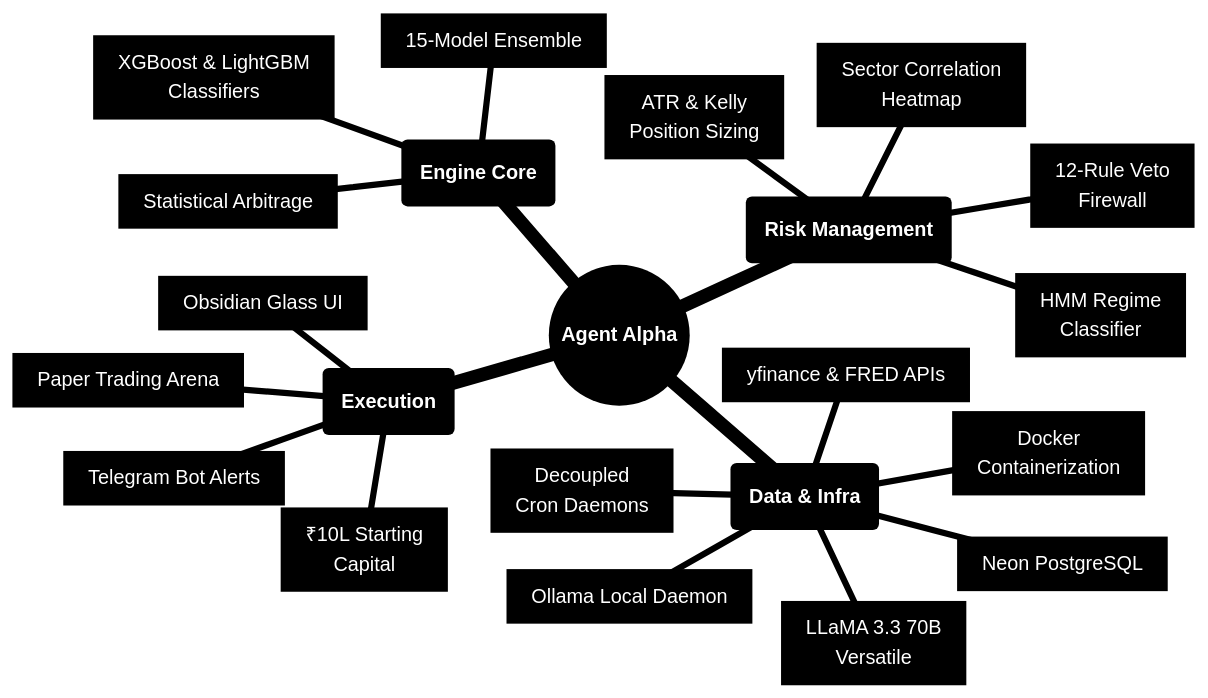
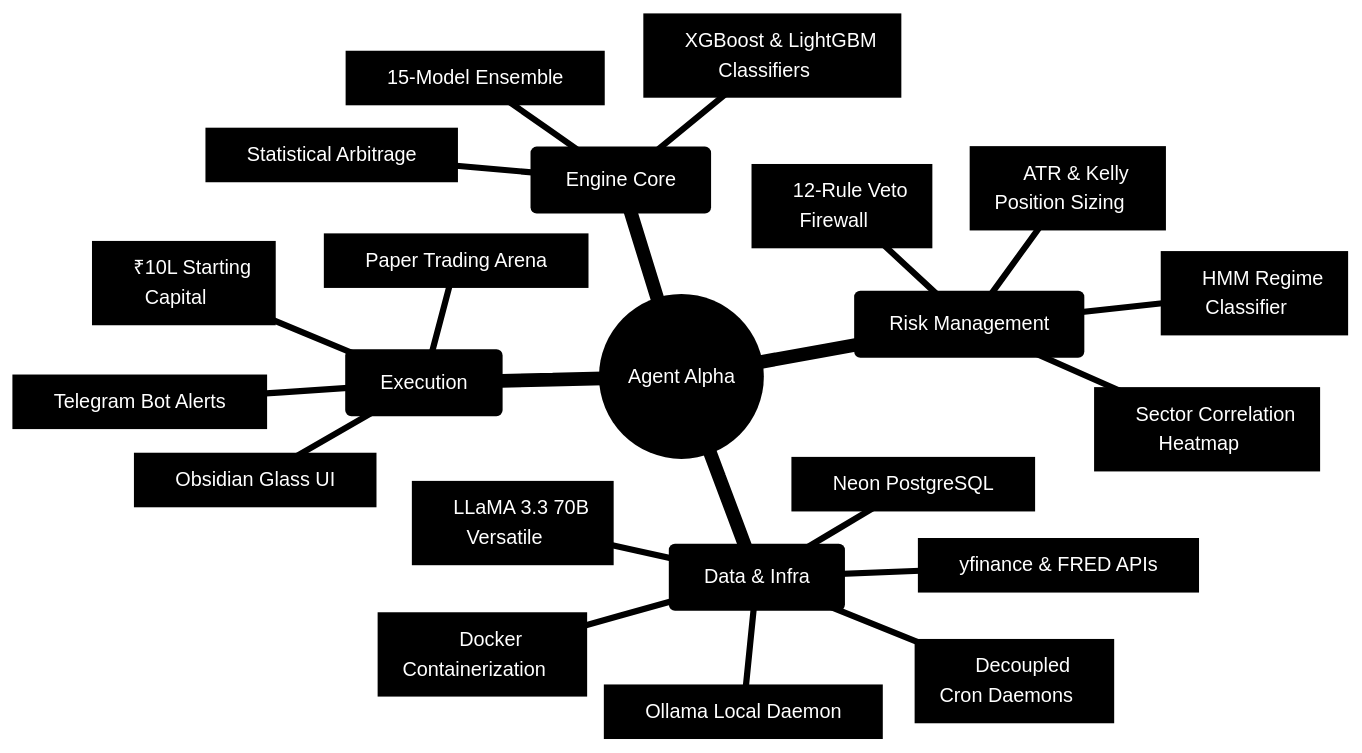
One commit to SaiSiddharthBS/MarketAnalyser changed the first of 5 diagrams in README.md. Above: the diagram before and after it, drawn with Mermaid. The commit also changed other lines of this file, not shown here.

Commit message:
docs: Fix mermaid clipping by stripping markdown strings and injecting structural HTML non-breaking spaces for bounding box pad

````diff
--- a/README.md
+++ b/README.md
@@ -98,26 +98,26 @@
 ```mermaid
 %%{init: {'theme': 'base', 'themeVariables': { 'primaryColor': '#0b101e', 'primaryTextColor': '#ffffff', 'primaryBorderColor': '#00ff88', 'lineColor': '#00e5ff', 'secondaryColor': '#111827', 'tertiaryColor': '#111827'}}}%%
 mindmap
-  root(("`**Agent Alpha**`"))
-    ("`**Engine Core**`")
-      ["`15-Model Ensemble`"]
-      ["`XGBoost & LightGBM<br/>Classifiers`"]
-      ["`Statistical Arbitrage`"]
-    ("`**Risk Management**`")
-      ["`HMM Regime<br/>Classifier`"]
-      ["`12-Rule Veto<br/>Firewall`"]
-      ["`Sector Correlation<br/>Heatmap`"]
-      ["`ATR & Kelly<br/>Position Sizing`"]
-    ("`**Data & Infra**`")
-      ["`Ollama Local Daemon`"]
-      ["`LLaMA 3.3 70B<br/>Versatile`"]
-      ["`yfinance & FRED APIs`"]
-      ["`Neon PostgreSQL`"]
-      ["`Docker<br/>Containerization`"]
-      ["`Decoupled<br/>Cron Daemons`"]
-    ("`**Execution**`")
-      ["`Paper Trading Arena`"]
-      ["`₹10L Starting<br/>Capital`"]
-      ["`Telegram Bot Alerts`"]
-      ["`Obsidian Glass UI`"]
+  root(("&nbsp;&nbsp;&nbsp;Agent Alpha&nbsp;&nbsp;&nbsp;"))
+    ("&nbsp;&nbsp;&nbsp;Engine Core&nbsp;&nbsp;&nbsp;")
+      ["&nbsp;&nbsp;&nbsp;15-Model Ensemble&nbsp;&nbsp;&nbsp;"]
+      ["&nbsp;&nbsp;&nbsp;XGBoost & LightGBM<br/>Classifiers&nbsp;&nbsp;&nbsp;"]
+      ["&nbsp;&nbsp;&nbsp;Statistical Arbitrage&nbsp;&nbsp;&nbsp;"]
+    ("&nbsp;&nbsp;&nbsp;Risk Management&nbsp;&nbsp;&nbsp;")
+      ["&nbsp;&nbsp;&nbsp;HMM Regime<br/>Classifier&nbsp;&nbsp;&nbsp;"]
+      ["&nbsp;&nbsp;&nbsp;12-Rule Veto<br/>Firewall&nbsp;&nbsp;&nbsp;"]
+      ["&nbsp;&nbsp;&nbsp;Sector Correlation<br/>Heatmap&nbsp;&nbsp;&nbsp;"]
+      ["&nbsp;&nbsp;&nbsp;ATR & Kelly<br/>Position Sizing&nbsp;&nbsp;&nbsp;"]
+    ("&nbsp;&nbsp;&nbsp;Data & Infra&nbsp;&nbsp;&nbsp;")
+      ["&nbsp;&nbsp;&nbsp;Ollama Local Daemon&nbsp;&nbsp;&nbsp;"]
+      ["&nbsp;&nbsp;&nbsp;LLaMA 3.3 70B<br/>Versatile&nbsp;&nbsp;&nbsp;"]
+      ["&nbsp;&nbsp;&nbsp;yfinance & FRED APIs&nbsp;&nbsp;&nbsp;"]
+      ["&nbsp;&nbsp;&nbsp;Neon PostgreSQL&nbsp;&nbsp;&nbsp;"]
+      ["&nbsp;&nbsp;&nbsp;Docker<br/>Containerization&nbsp;&nbsp;&nbsp;"]
+      ["&nbsp;&nbsp;&nbsp;Decoupled<br/>Cron Daemons&nbsp;&nbsp;&nbsp;"]
+    ("&nbsp;&nbsp;&nbsp;Execution&nbsp;&nbsp;&nbsp;")
+      ["&nbsp;&nbsp;&nbsp;Paper Trading Arena&nbsp;&nbsp;&nbsp;"]
+      ["&nbsp;&nbsp;&nbsp;₹10L Starting<br/>Capital&nbsp;&nbsp;&nbsp;"]
+      ["&nbsp;&nbsp;&nbsp;Telegram Bot Alerts&nbsp;&nbsp;&nbsp;"]
+      ["&nbsp;&nbsp;&nbsp;Obsidian Glass UI&nbsp;&nbsp;&nbsp;"]
 ```
````
